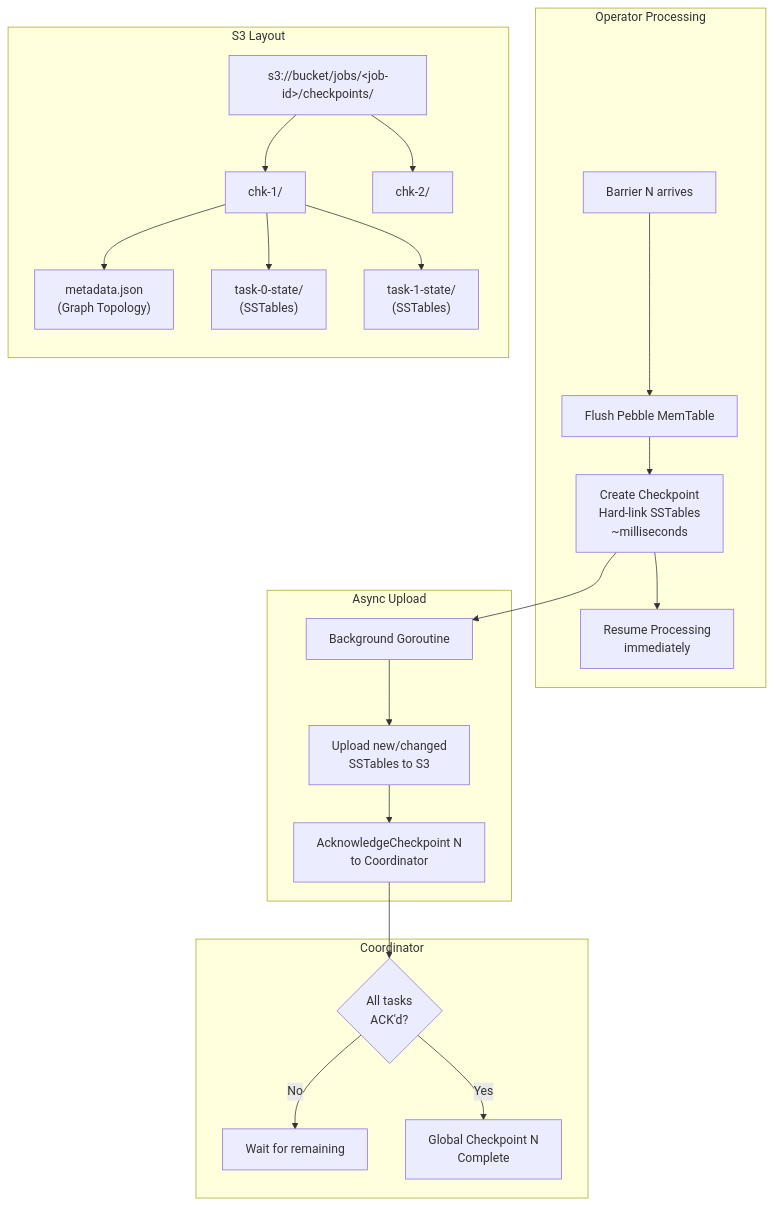
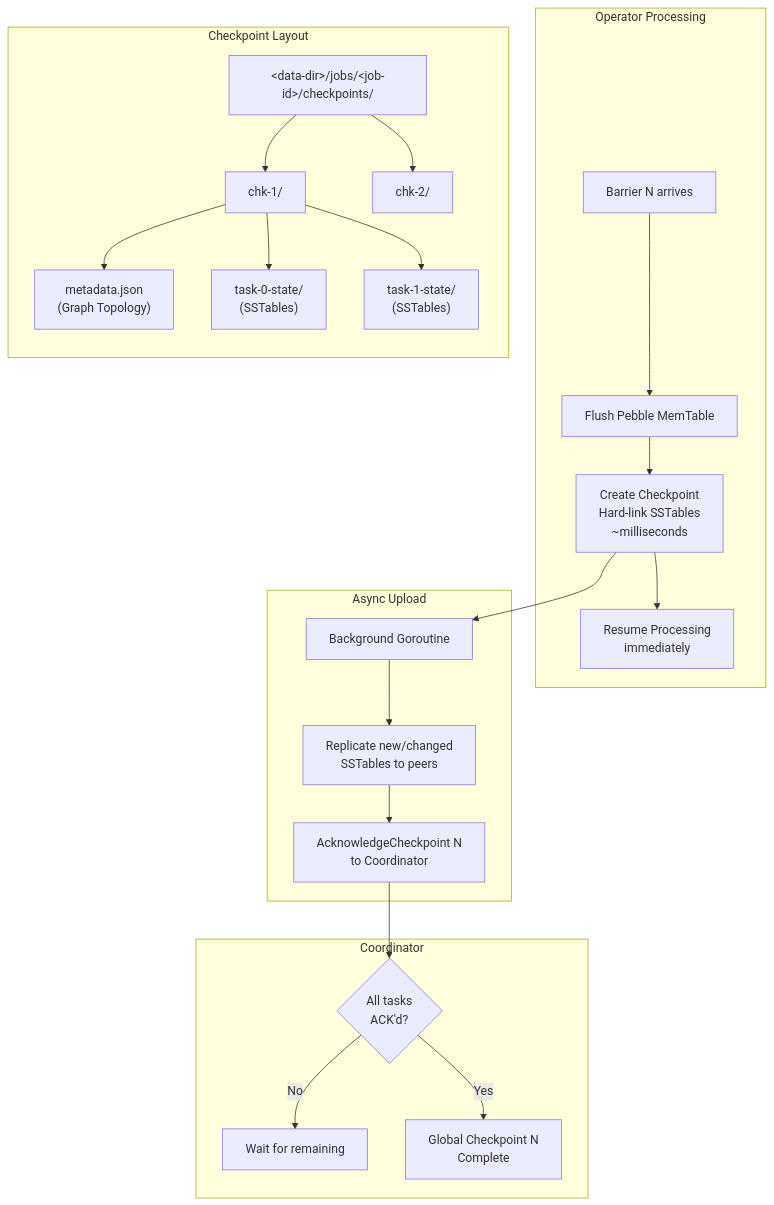
One commit to tarungka/wire changed the ninth of 12 diagrams in docs/diagrams.md. Above: the diagram before and after it, drawn with Mermaid. The commit also changed other lines of this file and 18 other files, not shown here.

````diff
--- a/docs/diagrams.md
+++ b/docs/diagrams.md
@@ -276,35 +276,35 @@
 ```mermaid
 flowchart TD
     subgraph Operator Processing
         BAR[Barrier N arrives] --> FLUSH[Flush Pebble MemTable]
         FLUSH --> LINK["Create Checkpoint<br/>Hard-link SSTables<br/>~milliseconds"]
         LINK --> RESUME[Resume Processing<br/>immediately]
     end
 
     subgraph Async Upload
         LINK --> BG[Background Goroutine]
-        BG --> UPLOAD[Upload new/changed<br/>SSTables to S3]
+        BG --> UPLOAD[Replicate new/changed<br/>SSTables to peers]
         UPLOAD --> ACK["AcknowledgeCheckpoint N<br/>to Coordinator"]
     end
 
     subgraph Coordinator
         ACK --> CHECK{All tasks<br/>ACK'd?}
         CHECK -->|No| WAIT[Wait for remaining]
         CHECK -->|Yes| COMPLETE["Global Checkpoint N<br/>Complete"]
     end
 
-    subgraph S3 Layout
+    subgraph Checkpoint Layout
         direction TB
-        BUCKET["s3://bucket/jobs/&lt;job-id&gt;/checkpoints/"]
+        BUCKET["&lt;data-dir&gt;/jobs/&lt;job-id&gt;/checkpoints/"]
         CHK1["chk-1/"]
         CHK2["chk-2/"]
         META["metadata.json<br/>(Graph Topology)"]
         T0["task-0-state/<br/>(SSTables)"]
         T1["task-1-state/<br/>(SSTables)"]
         BUCKET --> CHK1
         BUCKET --> CHK2
         CHK1 --> META
         CHK1 --> T0
         CHK1 --> T1
     end
 ```
````
